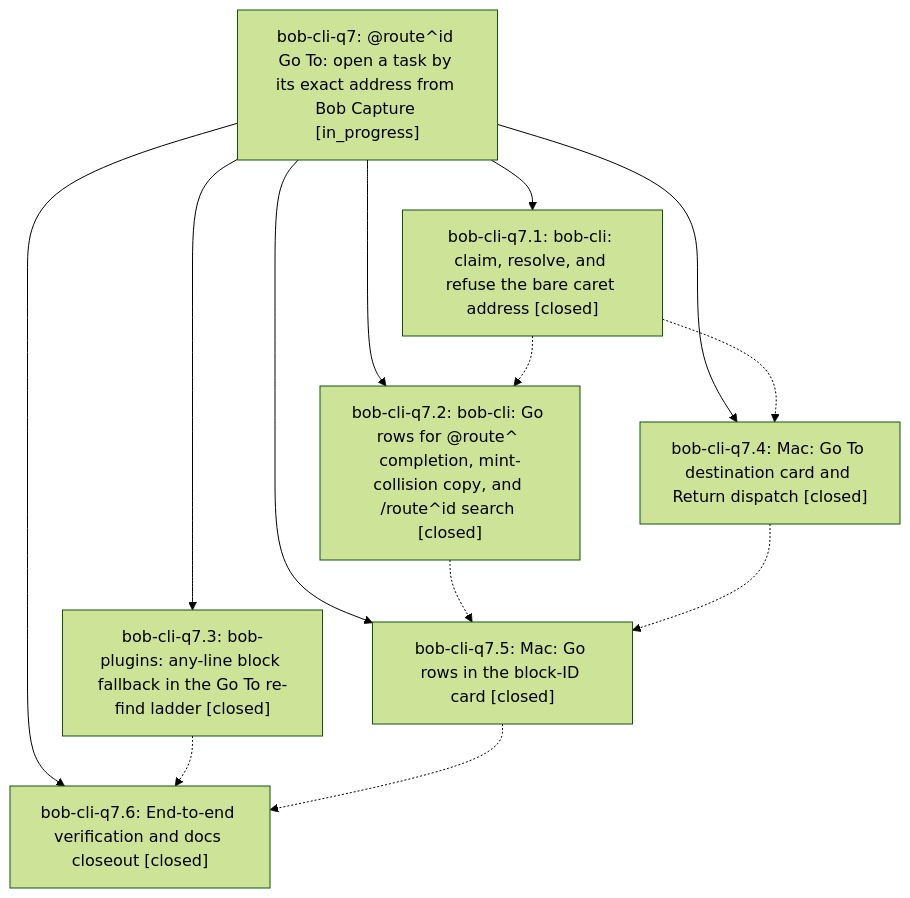
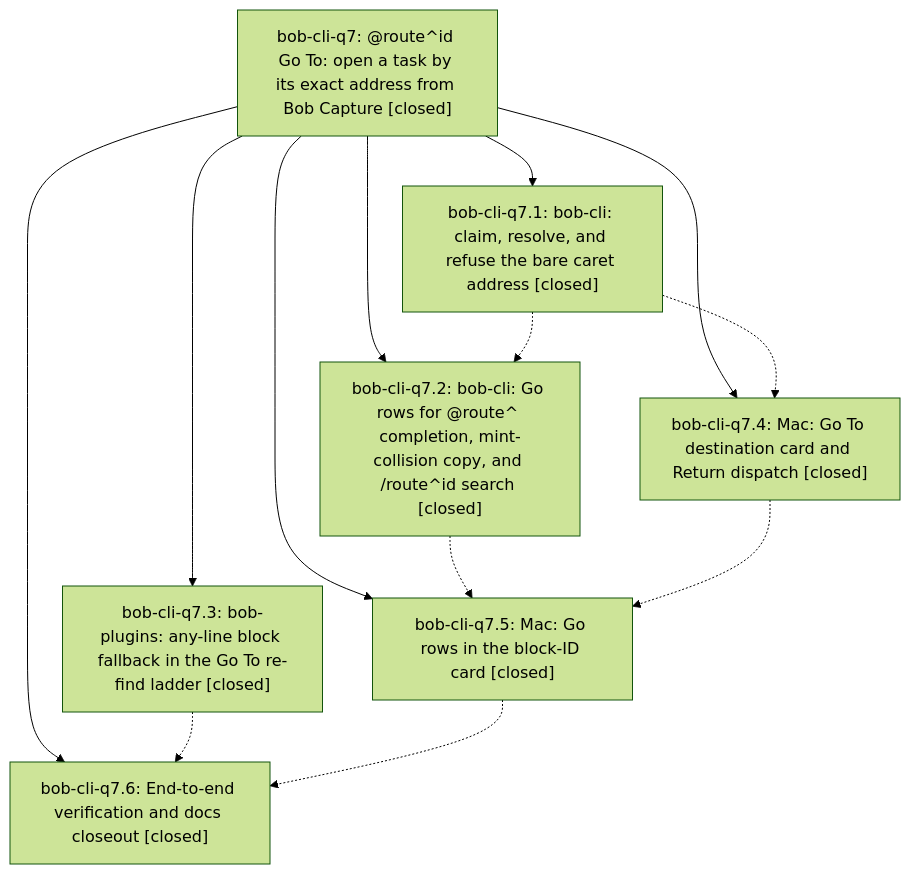
One commit to bobs-org/bob-cli--beads changed the diagram in pages/bob-cli-q7/README.md. Above: the diagram before and after it, drawn with Mermaid (forest theme). The commit also changed other lines of this file and 1 other file, not shown here.

First line of the commit message:
chore(beads): sync bead state and pages for bob-cli-q7

````diff
--- a/pages/bob-cli-q7/README.md
+++ b/pages/bob-cli-q7/README.md
@@ -47,22 +49,22 @@
 ```mermaid
 flowchart TD
-    n0["bob-cli-q7: @route^id Go To: open a task by its exact address from Bob Capture [in_progress]"]
+    n0["bob-cli-q7: @route^id Go To: open a task by its exact address from Bob Capture [closed]"]
     n1["bob-cli-q7.1: bob-cli: claim, resolve, and refuse the bare caret address [closed]"]
     n2["bob-cli-q7.2: bob-cli: Go rows for @route^ completion, mint-collision copy, and /route^id search [closed]"]
     n3["bob-cli-q7.3: bob-plugins: any-line block fallback in the Go To re-find ladder [closed]"]
     n4["bob-cli-q7.4: Mac: Go To destination card and Return dispatch [closed]"]
     n5["bob-cli-q7.5: Mac: Go rows in the block-ID card [closed]"]
     n6["bob-cli-q7.6: End-to-end verification and docs closeout [closed]"]
     n0 --> n1
     n0 --> n2
     n0 --> n3
     n0 --> n4
     n0 --> n5
     n0 --> n6
     n1 -.-> n2
     n1 -.-> n4
     n2 -.-> n5
     n3 -.-> n6
     n4 -.-> n5
     n5 -.-> n6
 ```
````
